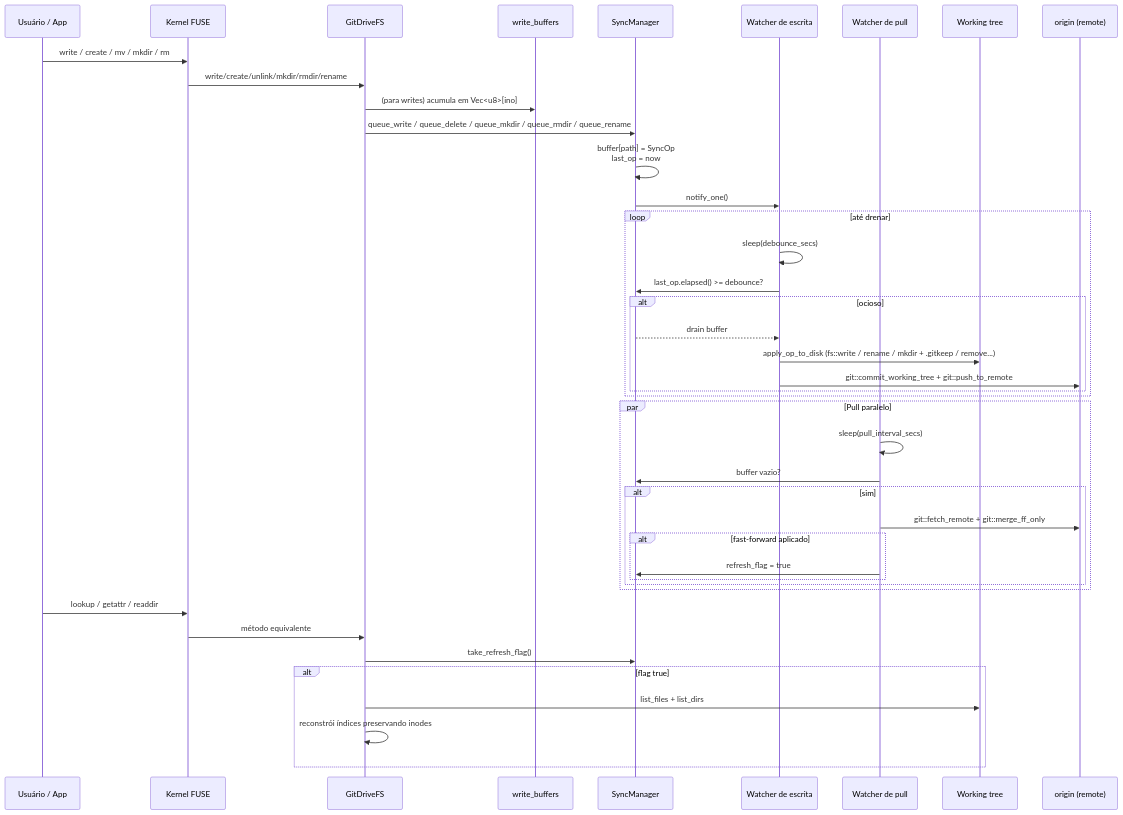
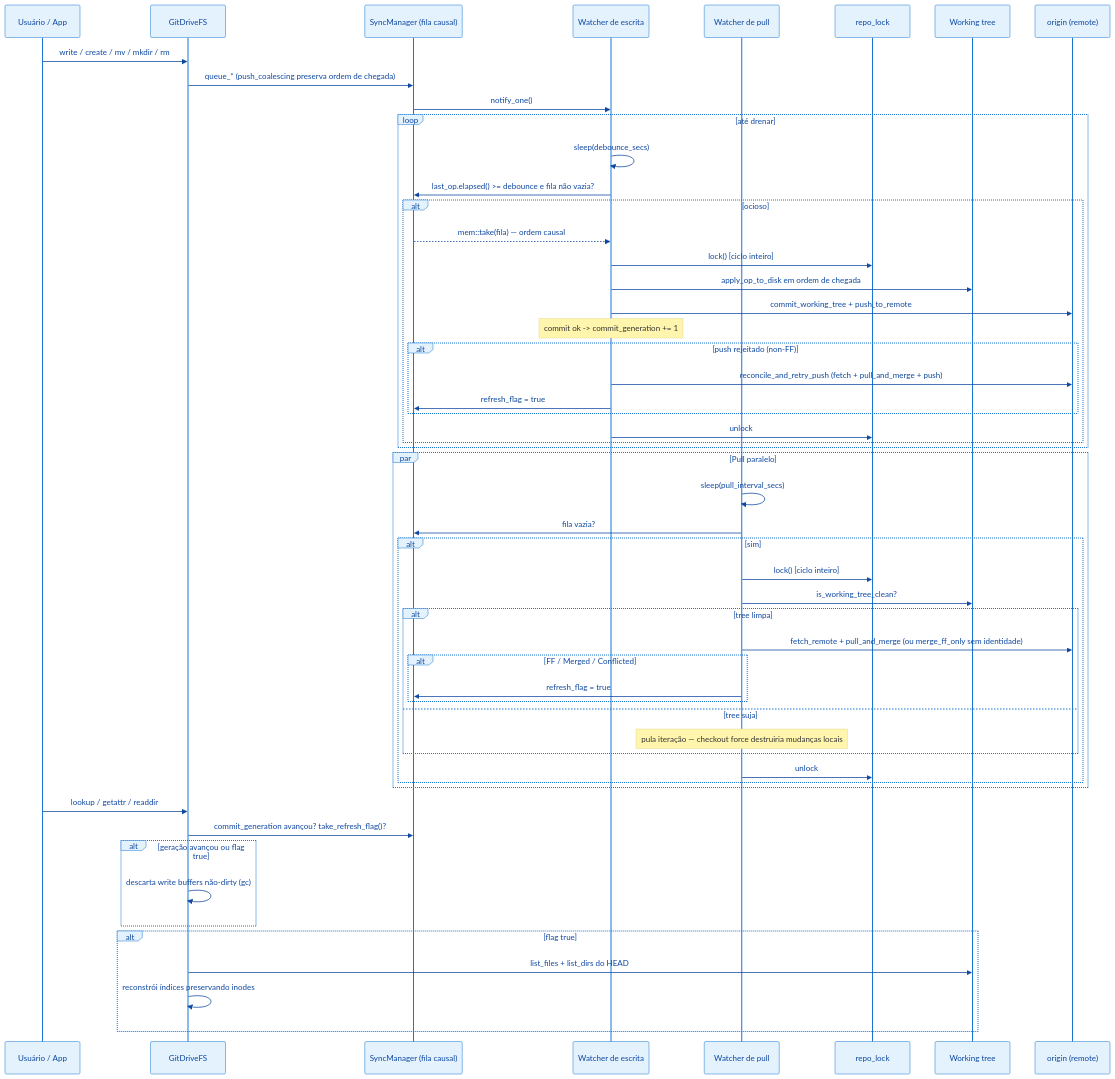
One commit to giacomeli/git-drive changed the diagram in docs/fluxo-de-sincronizacao.md. Above: the diagram before and after it, drawn with Mermaid. The commit also changed other lines of this file and 2 other files, not shown here.

First line of the commit message:
docs: atualizar arquitetura com fila causal, lock de repo e ciclo do buffer

````diff
--- a/docs/fluxo-de-sincronizacao.md
+++ b/docs/fluxo-de-sincronizacao.md
@@ -7,48 +7,64 @@
 ```mermaid
+%%{init: {'theme':'base','themeVariables':{'primaryColor':'#E3F2FD','primaryTextColor':'#0D47A1','primaryBorderColor':'#1976D2','lineColor':'#546E7A'}}}%%
 sequenceDiagram
+    accTitle: Fluxo de sincronizacao do drive-sync
+    accDescr: Operacoes FUSE entram na fila causal; o watcher de debounce drena, aplica em disco, commita e faz push sob o lock de repo; o pull watcher busca mudancas remotas sob o mesmo lock, apenas com working tree limpo.
+
     participant User as Usuário / App
-    participant Kernel as Kernel FUSE
     participant FS as GitDriveFS
-    participant Buffers as write_buffers
-    participant Sync as SyncManager
-    participant WriteWatcher as Watcher de escrita
-    participant PullWatcher as Watcher de pull
+    participant Sync as SyncManager (fila causal)
+    participant WW as Watcher de escrita
+    participant PW as Watcher de pull
+    participant Lock as repo_lock
     participant Disk as Working tree
     participant Origin as origin (remote)
 
-    User->>Kernel: write / create / mv / mkdir / rm
-    Kernel->>FS: write/create/unlink/mkdir/rmdir/rename
-    FS->>Buffers: (para writes) acumula em Vec<u8>[ino]
-    FS->>Sync: queue_write / queue_delete / queue_mkdir / queue_rmdir / queue_rename
-    Sync->>Sync: buffer[path] = SyncOp<br/>last_op = now
-    Sync->>WriteWatcher: notify_one()
+    User->>FS: write / create / mv / mkdir / rm
+    FS->>Sync: queue_* (push_coalescing preserva ordem de chegada)
+    Sync->>WW: notify_one()
 
     loop até drenar
-        WriteWatcher->>WriteWatcher: sleep(debounce_secs)
-        WriteWatcher->>Sync: last_op.elapsed() >= debounce?
+        WW->>WW: sleep(debounce_secs)
+        WW->>Sync: last_op.elapsed() >= debounce e fila não vazia?
         alt ocioso
-            Sync-->>WriteWatcher: drain buffer
-            WriteWatcher->>Disk: apply_op_to_disk (fs::write / rename / mkdir + .gitkeep / remove...)
-            WriteWatcher->>Origin: git::commit_working_tree + git::push_to_remote
+            Sync-->>WW: mem::take(fila) — ordem causal
+            WW->>Lock: lock() [ciclo inteiro]
+            WW->>Disk: apply_op_to_disk em ordem de chegada
+            WW->>Origin: commit_working_tree + push_to_remote
+            Note over WW: commit ok -> commit_generation += 1
+            alt push rejeitado (non-FF)
+                WW->>Origin: reconcile_and_retry_push (fetch + pull_and_merge + push)
+                WW->>Sync: refresh_flag = true
+            end
+            WW->>Lock: unlock
         end
     end
 
     par Pull paralelo
-        PullWatcher->>PullWatcher: sleep(pull_interval_secs)
-        PullWatcher->>Sync: buffer vazio?
+        PW->>PW: sleep(pull_interval_secs)
+        PW->>Sync: fila vazia?
         alt sim
-            PullWatcher->>Origin: git::fetch_remote + git::merge_ff_only
-            alt fast-forward aplicado
-                PullWatcher->>Sync: refresh_flag = true
+            PW->>Lock: lock() [ciclo inteiro]
+            PW->>Disk: is_working_tree_clean?
+            alt tree limpa
+                PW->>Origin: fetch_remote + pull_and_merge (ou merge_ff_only sem identidade)
+                alt FF / Merged / Conflicted
+                    PW->>Sync: refresh_flag = true
+                end
+            else tree suja
+                Note over PW: pula iteração — checkout force destruiria mudanças locais
             end
+            PW->>Lock: unlock
         end
     end
 
-    User->>Kernel: lookup / getattr / readdir
-    Kernel->>FS: método equivalente
-    FS->>Sync: take_refresh_flag()
+    User->>FS: lookup / getattr / readdir
+    FS->>Sync: commit_generation avançou? take_refresh_flag()?
+    alt geração avançou ou flag true
+        FS->>FS: descarta write buffers não-dirty (gc)
+    end
     alt flag true
-        FS->>Disk: list_files + list_dirs
+        FS->>Disk: list_files + list_dirs do HEAD
         FS->>FS: reconstrói índices preservando inodes
     end
 ```
````
